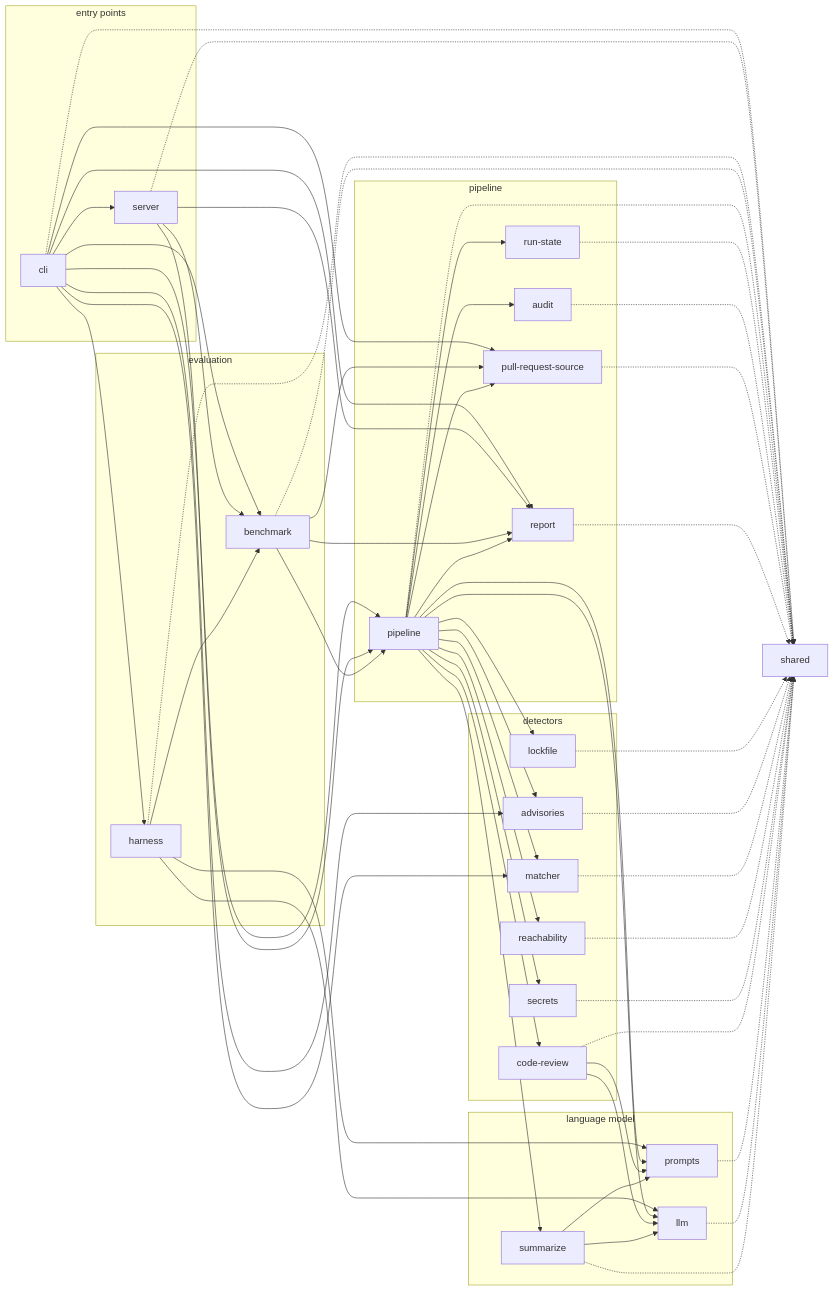
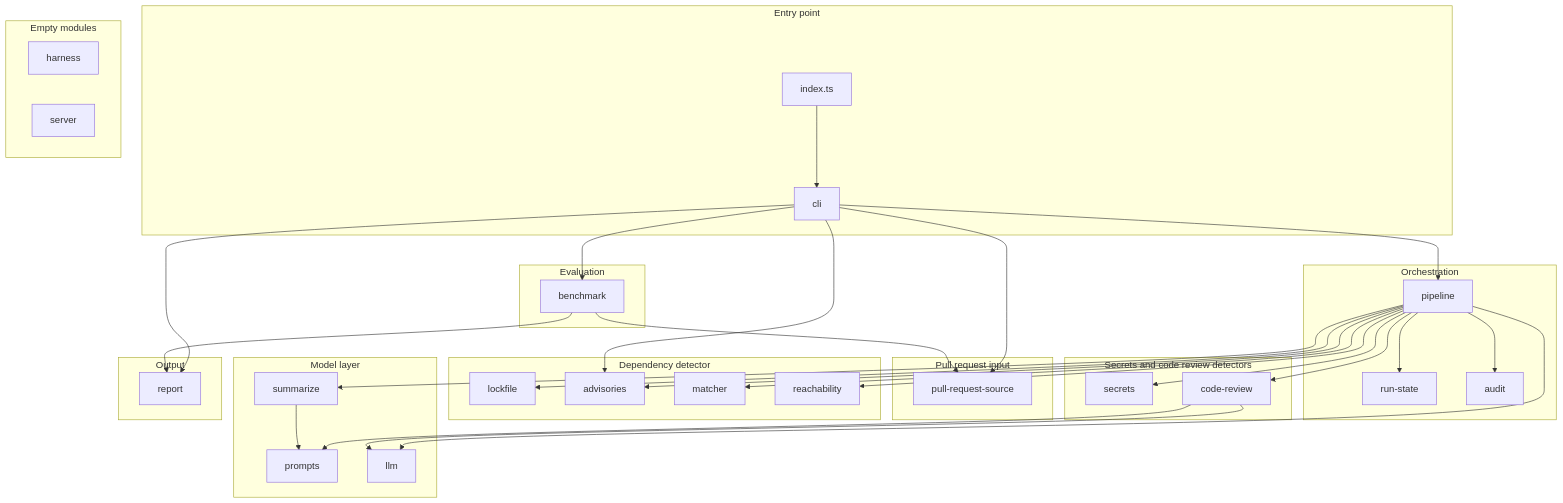
Before and after one commit to worktrial-evan/pr-security-review: the first of 4 diagrams in README.md, drawn with Mermaid. The commit also changed other lines of this file and 5 other files, not shown here.

First line of the commit message:
docs: rewrite the readme as an architecture guide

````diff
--- a/README.md
+++ b/README.md
@@ -9,50 +96,46 @@
 ```mermaid
-graph LR
-  subgraph entryPoints [entry points]
-    cli
-    server
+flowchart TB
+  subgraph entry ["Entry point"]
+    indexFile["index.ts"]
+    cli["cli"]
   end
-
-  subgraph evaluation
-    benchmark
-    harness
+  subgraph evaluation ["Evaluation"]
+    benchmark["benchmark"]
   end
-
-  subgraph pipelineGroup [pipeline]
-    pipeline
+  subgraph orchestration ["Orchestration"]
+    pipeline["pipeline"]
     runState["run-state"]
-    audit
+    audit["audit"]
+  end
+  subgraph source ["Pull request input"]
     pullRequestSource["pull-request-source"]
-    report
   end
-
-  subgraph detectors
-    lockfile
-    advisories
-    matcher
-    reachability
-    secrets
+  subgraph dependencyDetector ["Dependency detector"]
+    lockfile["lockfile"]
+    advisories["advisories"]
+    matcher["matcher"]
+    reachability["reachability"]
+  end
+  subgraph otherDetectors ["Secrets and code review detectors"]
+    secrets["secrets"]
     codeReview["code-review"]
   end
-
-  subgraph languageModel [language model]
-    prompts
-    llm
-    summarize
+  subgraph modelLayer ["Model layer"]
+    summarize["summarize"]
+    prompts["prompts"]
+    llm["llm"]
   end
-
-  shared
-
-  cli --> pipeline & report & benchmark & harness & server & advisories & matcher & pullRequestSource
-  server --> pipeline & report & benchmark
-  harness --> benchmark & prompts & llm
-  benchmark --> pipeline & report & pullRequestSource
-  pipeline --> audit & runState & pullRequestSource & lockfile & advisories & matcher & reachability & secrets & prompts & llm & report & codeReview & summarize
+  subgraph output ["Output"]
+    report["report"]
+  end
+  subgraph notBuilt ["Empty modules"]
+    harness["harness"]
+    server["server"]
+  end
+  indexFile --> cli
+  cli --> pipeline & benchmark & report & pullRequestSource & advisories
+  benchmark --> pullRequestSource & report
+  pipeline --> runState & audit & lockfile & advisories & matcher & reachability & secrets & codeReview & summarize & llm
   codeReview --> llm & prompts
-  summarize --> llm & prompts
-
-  cli & server & harness & benchmark -.-> shared
-  pipeline & runState & audit & pullRequestSource & report -.-> shared
-  lockfile & advisories & matcher & reachability & secrets & codeReview -.-> shared
-  prompts & llm & summarize -.-> shared
+  summarize --> prompts
 ```
````
